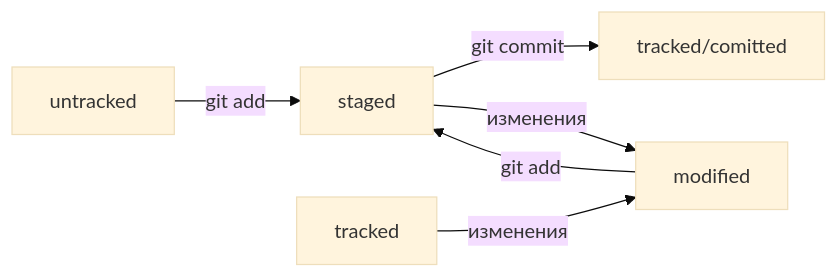
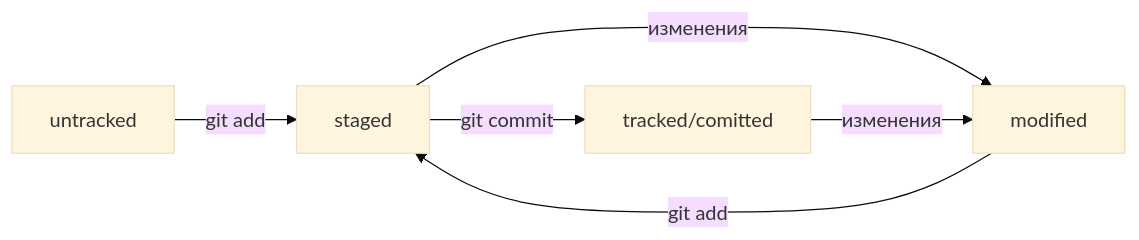
The diagram in usseful_list/README.md (dmitry100/usseful_list), drawn with Mermaid (base theme) before and after one commit.

Commit message:
исправил название статуса tracked в схеме

````diff
--- a/usseful_list/README.md
+++ b/usseful_list/README.md
@@ -53,9 +53,9 @@
 ```mermaid
 graph LR;
   untracked -- "git add" --> staged;
   staged    -- "git commit" --> tracked/comitted;
   staged    -- "изменения" --> modified;
   modified  -- "git add"   --> staged;
-  tracked   -- "изменения" --> modified
+  tracked/comitted -- "изменения" --> modified
 
 ``` 
````
